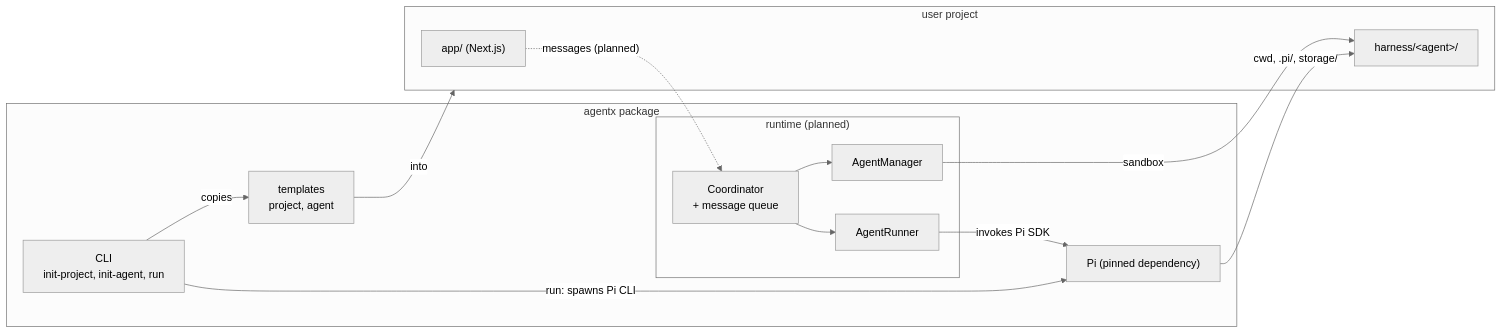
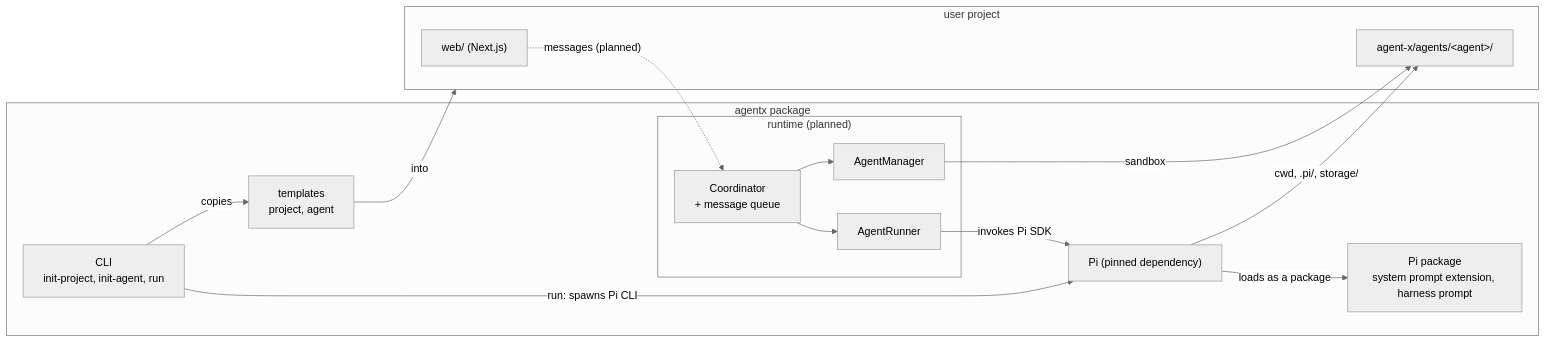
One commit to cognisphere-sh/agent-x changed the diagram in docs/high_level_design.md. Above: the diagram before and after it, drawn with Mermaid (neutral theme). The commit also changed other lines of this file and 45 other files, not shown here.

First line of the commit message:
feat: independent web and agent-x packages, agentx Pi package, shared Pi directory

````diff
--- a/docs/high_level_design.md
+++ b/docs/high_level_design.md
@@ -19,26 +19,28 @@
 ```mermaid
 flowchart LR
   subgraph agentx["agentx package"]
     CLI["CLI<br/>init-project, init-agent, run"]
     T["templates<br/>project, agent"]
+    CORE["Pi package<br/>system prompt extension, harness prompt"]
     subgraph RT["runtime (planned)"]
       C["Coordinator<br/>+ message queue"]
       M["AgentManager"]
       R["AgentRunner"]
     end
     PI["Pi (pinned dependency)"]
   end
   subgraph P["user project"]
-    APP["app/ (Next.js)"]
-    A["harness/&lt;agent&gt;/"]
+    APP["web/ (Next.js)"]
+    A["agent-x/agents/&lt;agent&gt;/"]
   end
   CLI -- copies --> T
   T -- into --> P
   CLI -- "run: spawns Pi CLI" --> PI
   C --> M
   C --> R
   M -- sandbox --> A
   R -- "invokes Pi SDK" --> PI
   PI -- "cwd, .pi/, storage/" --> A
+  PI -- "loads as a package" --> CORE
   APP -. "messages (planned)" .-> C
 ```
````
